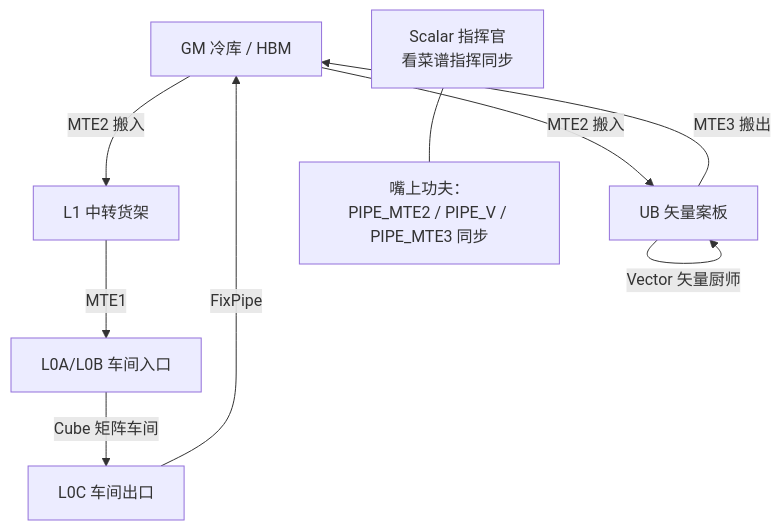
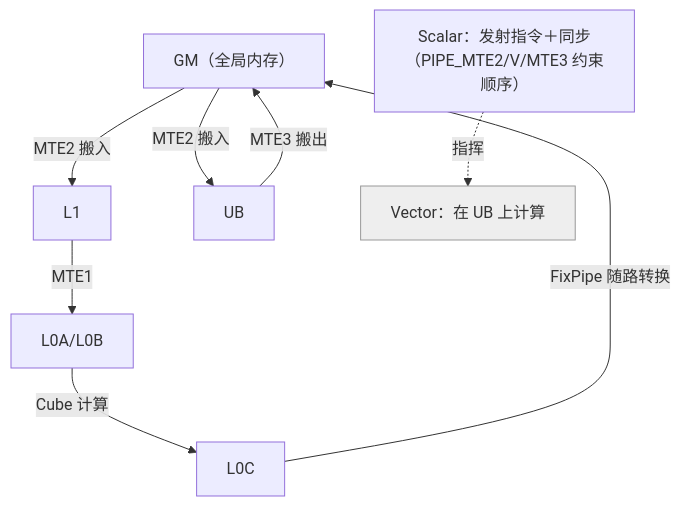
One commit to hb4ch/ascend-book changed the fourth of 4 diagrams in docs/01-platform/ch02-hardware.md. Above: the diagram before and after it, drawn with Mermaid. The commit also changed other lines of this file and 1 other file, not shown here.

Commit message:
docs: finalize chapter 2 architecture and synchronization review

````diff
--- a/docs/01-platform/ch02-hardware.md
+++ b/docs/01-platform/ch02-hardware.md
@@ -346,12 +344,12 @@
 ```mermaid
 flowchart TB
-    GM["GM 冷库 / HBM"] -->|"MTE2 搬入"| L1["L1 中转货架"]
-    GM -->|"MTE2 搬入"| UB["UB 矢量案板"]
-    L1 -->|"MTE1"| L0["L0A/L0B 车间入口"]
-    L0 -->|"Cube 矩阵车间"| L0C["L0C 车间出口"]
-    L0C -->|"FixPipe"| GM
-    UB -->|"Vector 矢量厨师"| UB
+    GM["GM（全局内存）"] -->|"MTE2 搬入"| L1["L1"]
+    GM -->|"MTE2 搬入"| UB["UB"]
+    L1 -->|"MTE1"| L0["L0A/L0B"]
+    L0 -->|"Cube 计算"| L0C["L0C"]
+    L0C -->|"FixPipe 随路转换"| GM
     UB -->|"MTE3 搬出"| GM
-    C["Scalar 指挥官<br/>看菜谱指挥同步"] --- V
-    V["嘴上功夫：<br/>PIPE_MTE2 / PIPE_V / PIPE_MTE3 同步"]
+    SC["Scalar：发射指令＋同步<br/>（PIPE_MTE2/V/MTE3 约束顺序）"] -.指挥.-> V
+    V["Vector：在 UB 上计算"]:::v
+    classDef v fill:#eee,stroke:#999;
 ```
````
